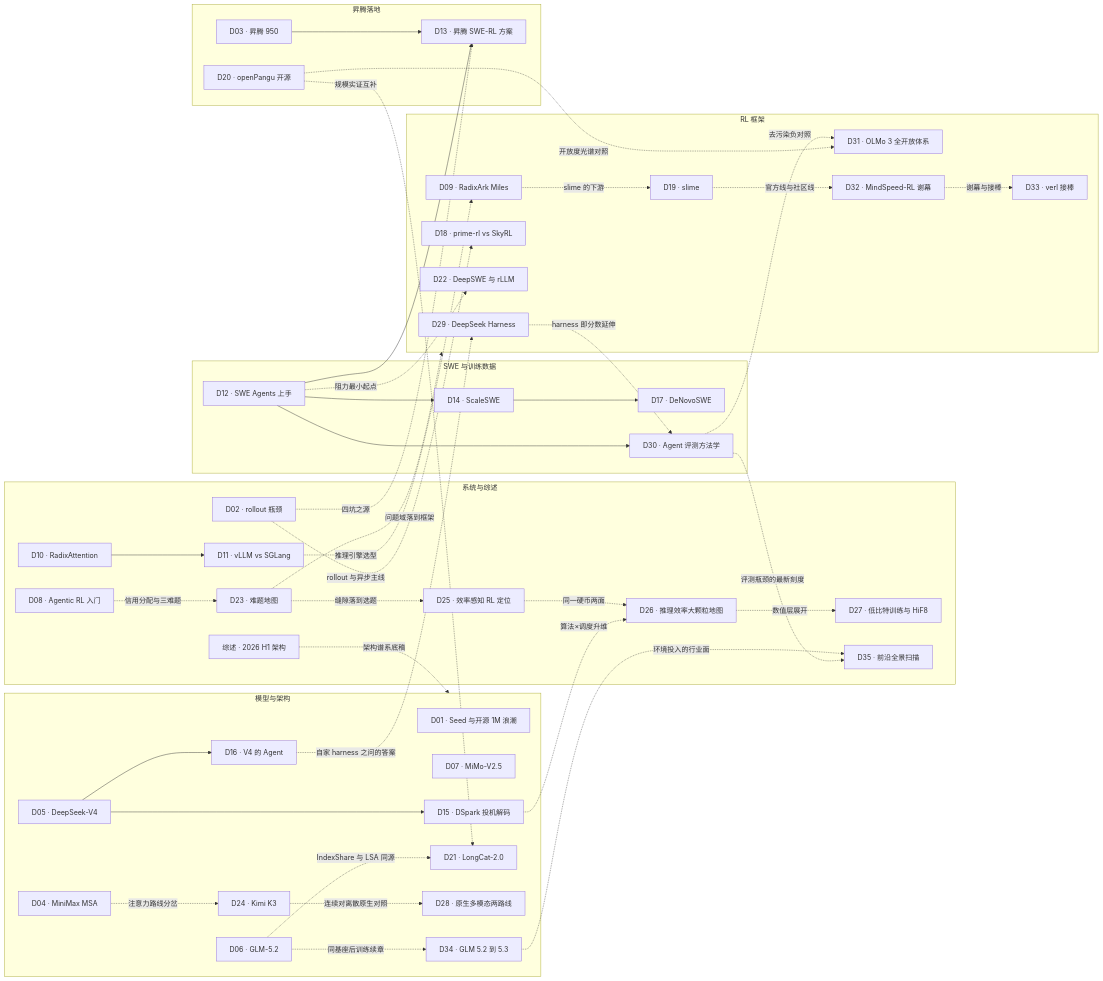
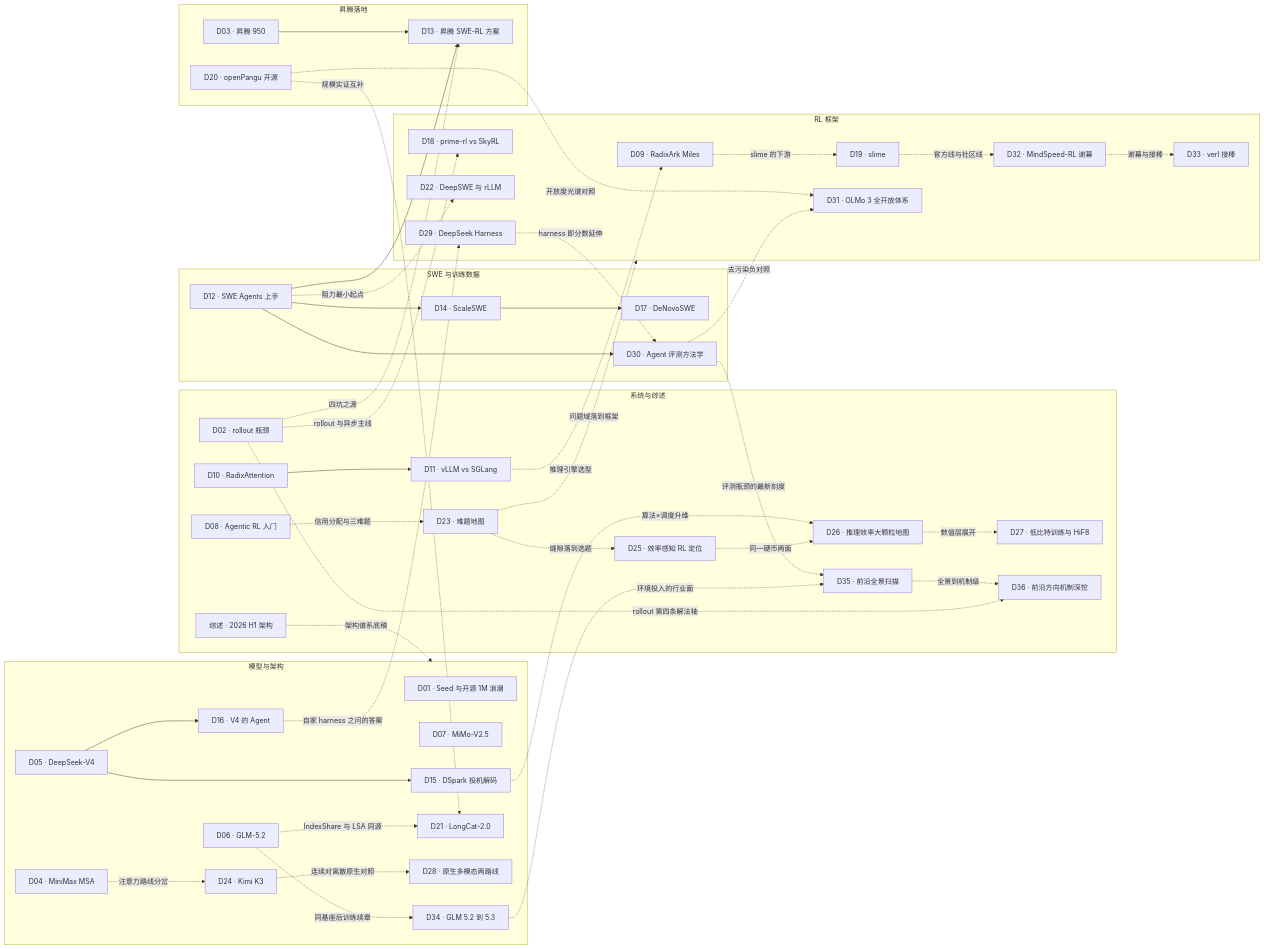
Before and after one commit to lloo099/mission44: the diagram in data/blog-map.mmd, drawn with Mermaid. The commit also changed 8 other files, not shown here.

```diff
--- a/data/blog-map.mmd
+++ b/data/blog-map.mmd
@@ -1,81 +1,84 @@
 flowchart LR
     subgraph SYS ["系统与综述"]
         SUR["综述 · 2026 H1 架构"]
         N02["D02 · rollout 瓶颈"]
         N08["D08 · Agentic RL 入门"]
         N10["D10 · RadixAttention"]
         N11["D11 · vLLM vs SGLang"]
         N23["D23 · 难题地图"]
         N25["D25 · 效率感知 RL 定位"]
         N26["D26 · 推理效率大颗粒地图"]
         N27["D27 · 低比特训练与 HiF8"]
         N35["D35 · 前沿全景扫描"]
+        N36["D36 · 前沿方向机制深挖"]
     end
     subgraph MODEL ["模型与架构"]
         N01["D01 · Seed 与开源 1M 浪潮"]
         N04["D04 · MiniMax MSA"]
         N05["D05 · DeepSeek-V4"]
         N06["D06 · GLM-5.2"]
         N07["D07 · MiMo-V2.5"]
         N15["D15 · DSpark 投机解码"]
         N16["D16 · V4 的 Agent"]
         N21["D21 · LongCat-2.0"]
         N24["D24 · Kimi K3"]
         N28["D28 · 原生多模态两路线"]
         N34["D34 · GLM 5.2 到 5.3"]
     end
     subgraph SWE ["SWE 与训练数据"]
         N12["D12 · SWE Agents 上手"]
         N14["D14 · ScaleSWE"]
         N17["D17 · DeNovoSWE"]
         N30["D30 · Agent 评测方法学"]
     end
     subgraph FW ["RL 框架"]
         N09["D09 · RadixArk Miles"]
         N18["D18 · prime-rl vs SkyRL"]
         N19["D19 · slime"]
         N22["D22 · DeepSWE 与 rLLM"]
         N29["D29 · DeepSeek Harness"]
         N31["D31 · OLMo 3 全开放体系"]
         N32["D32 · MindSpeed-RL 谢幕"]
         N33["D33 · verl 接棒"]
     end
     subgraph NPU ["昇腾落地"]
         N03["D03 · 昇腾 950"]
         N13["D13 · 昇腾 SWE-RL 方案"]
         N20["D20 · openPangu 开源"]
     end
 
     SUR -. "架构谱系底稿" .-> MODEL
     N02 -. "rollout 与异步主线" .-> N18
     N02 -. "四坑之源" .-> N13
     N08 -. "信用分配与三难题" .-> N23
     N23 -. "缝隙落到选题" .-> N25
     N15 -. "算法×调度升维" .-> N26
     N25 -. "同一硬币两面" .-> N26
     N26 -. "数值层展开" .-> N27
     N10 --> N11
     N11 -. "推理引擎选型" .-> N09
     N05 --> N15
     N05 --> N16
     N06 -. "IndexShare 与 LSA 同源" .-> N21
     N12 --> N13
     N12 --> N14
     N14 --> N17
     N12 -. "阻力最小起点" .-> N22
     N09 -. "slime 的下游" .-> N19
     N04 -. "注意力路线分岔" .-> N24
     N24 -. "连续对离散原生对照" .-> N28
     N06 -. "同基座后训练续章" .-> N34
     N16 -. "自家 harness 之问的答案" .-> N29
     N29 -. "harness 即分数延伸" .-> N30
     N12 --> N30
     N20 -. "开放度光谱对照" .-> N31
     N19 -. "官方线与社区线" .-> N32
     N32 -. "谢幕与接棒" .-> N33
     N30 -. "去污染负对照" .-> N31
     N03 --> N13
     N20 -. "规模实证互补" .-> N21
     N23 -. "问题域落到框架" .-> FW
     N30 -. "评测瓶颈的最新刻度" .-> N35
     N34 -. "环境投入的行业面" .-> N35
+    N35 -. "全景到机制级" .-> N36
+    N02 -. "rollout 第四条解法轴" .-> N36
```
